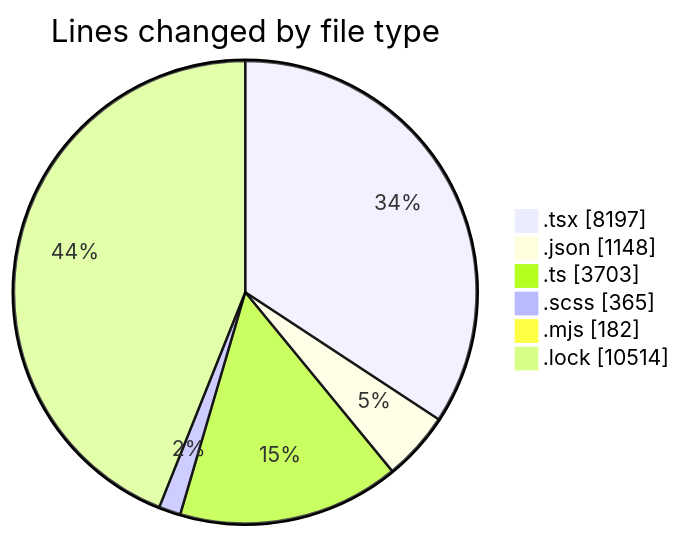
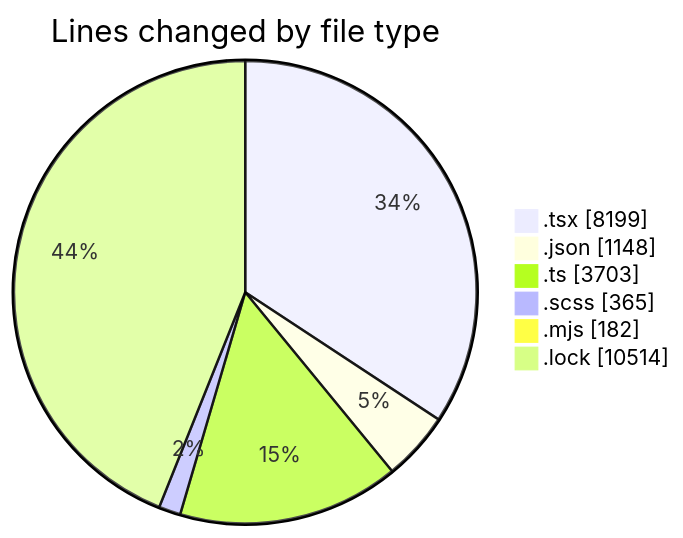
One commit to momahboobian/code-tracking changed the first of 2 diagrams in 2026-05-12/cda/README.md. Above: the diagram before and after it, drawn with Mermaid. The commit also changed other lines of this file and 1 other file, not shown here.

````diff
--- a/2026-05-12/cda/README.md
+++ b/2026-05-12/cda/README.md
@@ -52,10 +52,10 @@
 ```mermaid
 pie showData
 title Lines changed by file type
-".tsx" : 8197
+".tsx" : 8199
 ".json" : 1148
 ".ts" : 3703
 ".scss" : 365
 ".mjs" : 182
 ".lock" : 10514
 ```
````
